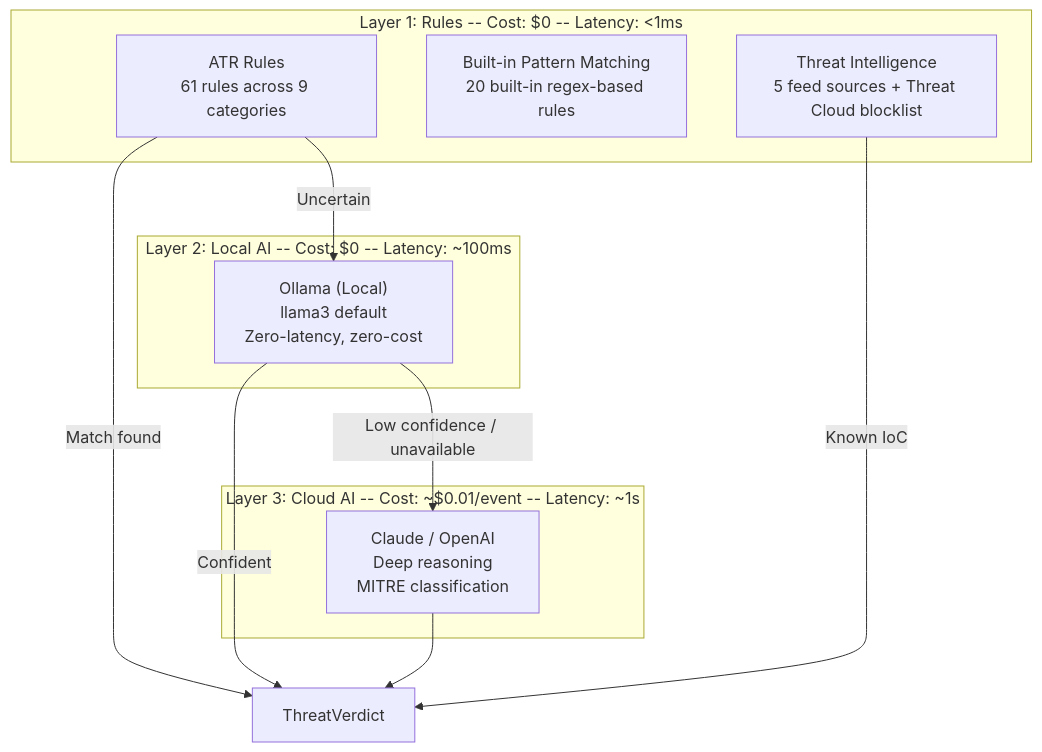
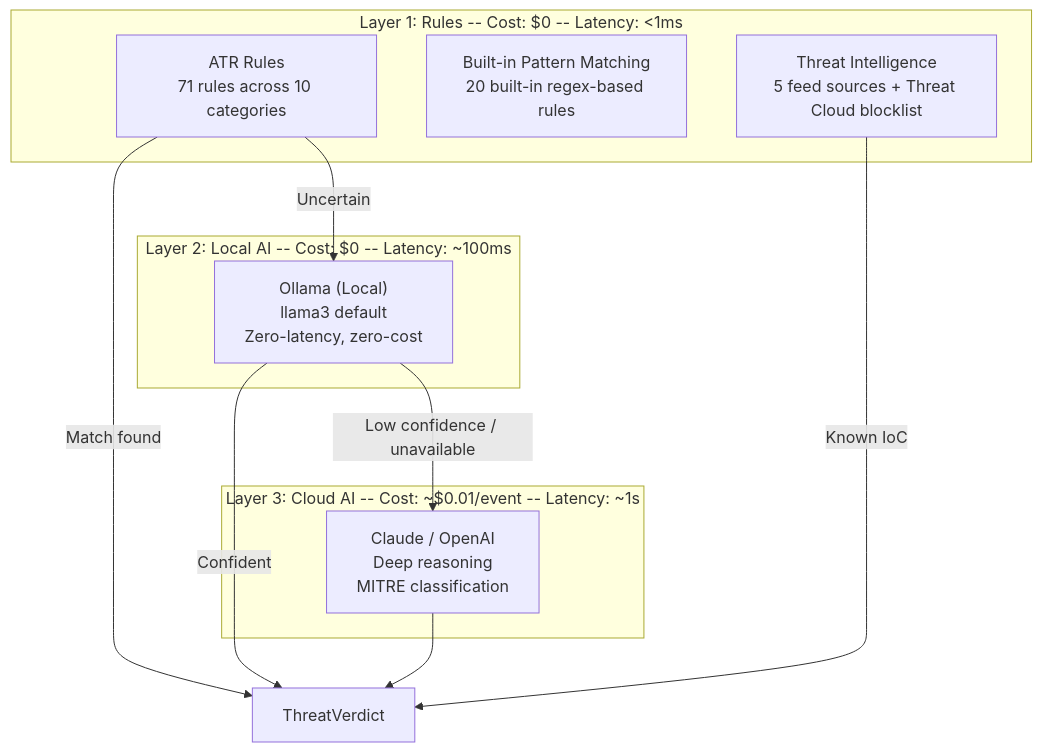
Before and after one commit to panguard-ai/panguard-ai: the fifth of 9 diagrams in docs/ARCHITECTURE.md, drawn with Mermaid. The commit also changed 9 other files, not shown here.

````diff
--- a/docs/ARCHITECTURE.md
+++ b/docs/ARCHITECTURE.md
@@ -303,24 +303,24 @@
 ```mermaid
 graph TB
     subgraph Layer1["Layer 1: Rules -- Cost: $0 -- Latency: <1ms"]
-        ATR["ATR Rules<br/>61 rules across 9 categories"]
+        ATR["ATR Rules<br/>71 rules across 10 categories"]
         BUILTIN["Built-in Pattern Matching<br/>20 built-in regex-based rules"]
         TI["Threat Intelligence<br/>5 feed sources + Threat Cloud blocklist"]
     end
 
     subgraph Layer2["Layer 2: Local AI -- Cost: $0 -- Latency: ~100ms"]
         OLLAMA["Ollama (Local)<br/>llama3 default<br/>Zero-latency, zero-cost"]
     end
 
     subgraph Layer3["Layer 3: Cloud AI -- Cost: ~$0.01/event -- Latency: ~1s"]
         CLOUD["Claude / OpenAI<br/>Deep reasoning<br/>MITRE classification"]
     end
 
     ATR --> |"Match found"| VERDICT["ThreatVerdict"]
     TI --> |"Known IoC"| VERDICT
 
     ATR --> |"Uncertain"| OLLAMA
     OLLAMA --> |"Confident"| VERDICT
     OLLAMA --> |"Low confidence / unavailable"| CLOUD
     CLOUD --> VERDICT
 ```
````
